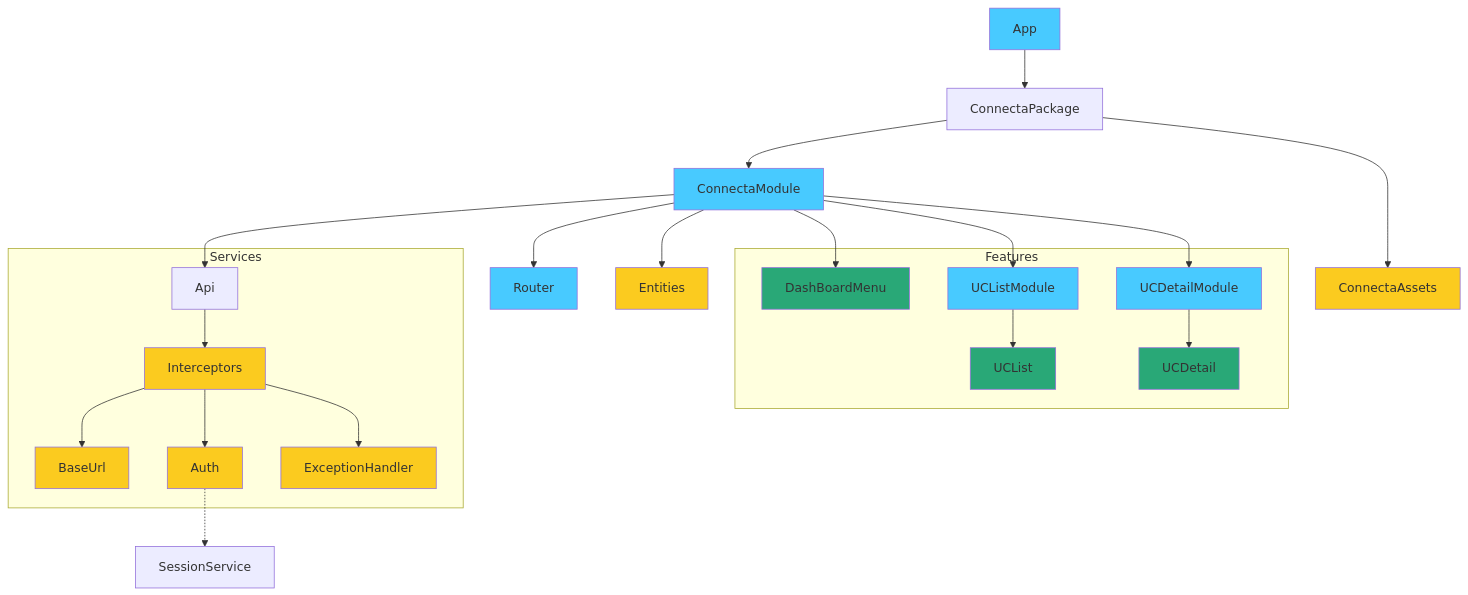
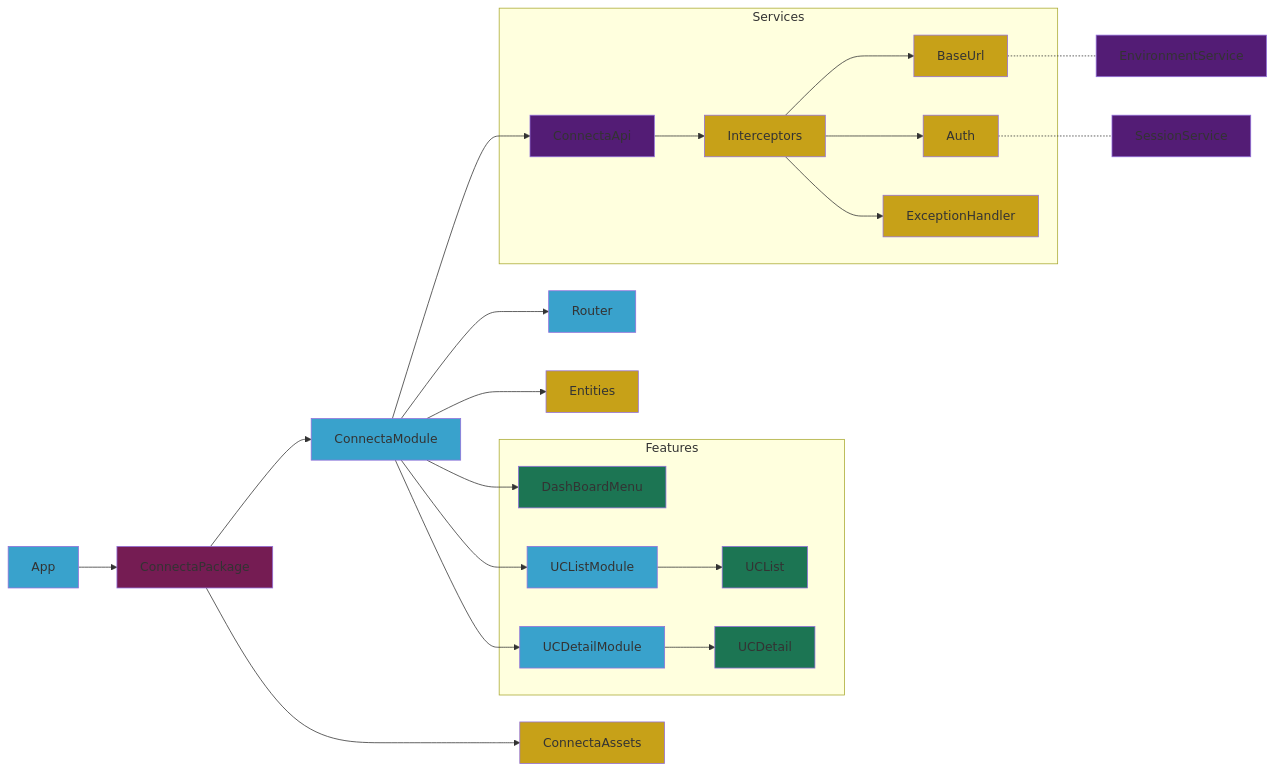
Before and after one commit to 00spoiler00/documentation: the second of 3 diagrams in content/new-connecta/architecture/frontend/module-architecture-proposal.md, drawn with Mermaid. The commit also changed other lines of this file, not shown here.

Commit message:
Update connecta frontend proposal

````diff
--- a/content/new-connecta/architecture/frontend/module-architecture-proposal.md
+++ b/content/new-connecta/architecture/frontend/module-architecture-proposal.md
@@ -51,39 +62,42 @@
 ```mermaid
 
-flowchart TD
+flowchart LR
 
-    classDef module fill:#48CAFF
-    classDef component fill:#29A877
-    classDef other fill:#FBCB1F
+    classDef module fill:#39a2cc
+    classDef component fill:#1c7553
+    classDef other fill:#c7a118
+    classDef package fill:#751c53
+    classDef service fill:#531c75
 
 
-    App:::module --> ConnectaPackage
+    App:::module --> ConnectaPackage:::package
     ConnectaPackage --> ConnectaModule:::module
     ConnectaPackage ---> ConnectaAssets:::other
 
-    ConnectaModule --> Api:::service
+    ConnectaModule --> ConnectaApi:::service
     ConnectaModule --> Router:::module
     ConnectaModule --> Entities:::other
     ConnectaModule --> DashBoardMenu:::component
     ConnectaModule --> UCListModule:::module
     ConnectaModule --> UCDetailModule:::module
 
     subgraph Services
-        Api --> Interceptors:::other
+        ConnectaApi --> Interceptors:::other
         Interceptors --> BaseUrl:::other
         Interceptors --> Auth:::other
         Interceptors --> ExceptionHandler:::other
     end
 
 
     subgraph Features
         UCListModule --> UCList:::component
         UCDetailModule --> UCDetail:::component
         DashBoardMenu
         UCList
         UCDetail
     end
 
-    Auth-.->SessionService
+    Auth-.-SessionService:::service
+    BaseUrl-.-EnvironmentService:::service
 
 ```
````
